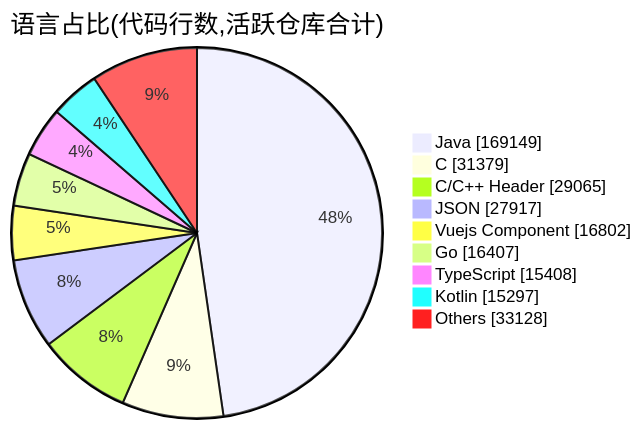
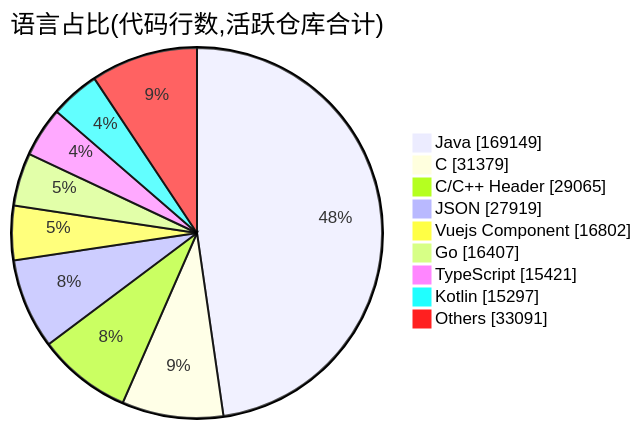
The second of 2 diagrams in profile/README.md (Conflux-Union/.github), drawn with Mermaid before and after one commit. The commit also changed other lines of this file and 1 other file, not shown here.

````diff
--- a/profile/README.md
+++ b/profile/README.md
@@ -78,13 +78,13 @@
 ```mermaid
 pie showData
     title 语言占比(代码行数,活跃仓库合计)
     "Java" : 169149
     "C" : 31379
     "C/C++ Header" : 29065
-    "JSON" : 27917
+    "JSON" : 27919
     "Vuejs Component" : 16802
     "Go" : 16407
-    "TypeScript" : 15408
+    "TypeScript" : 15421
     "Kotlin" : 15297
-    "Others" : 33128
+    "Others" : 33091
 ```
````
